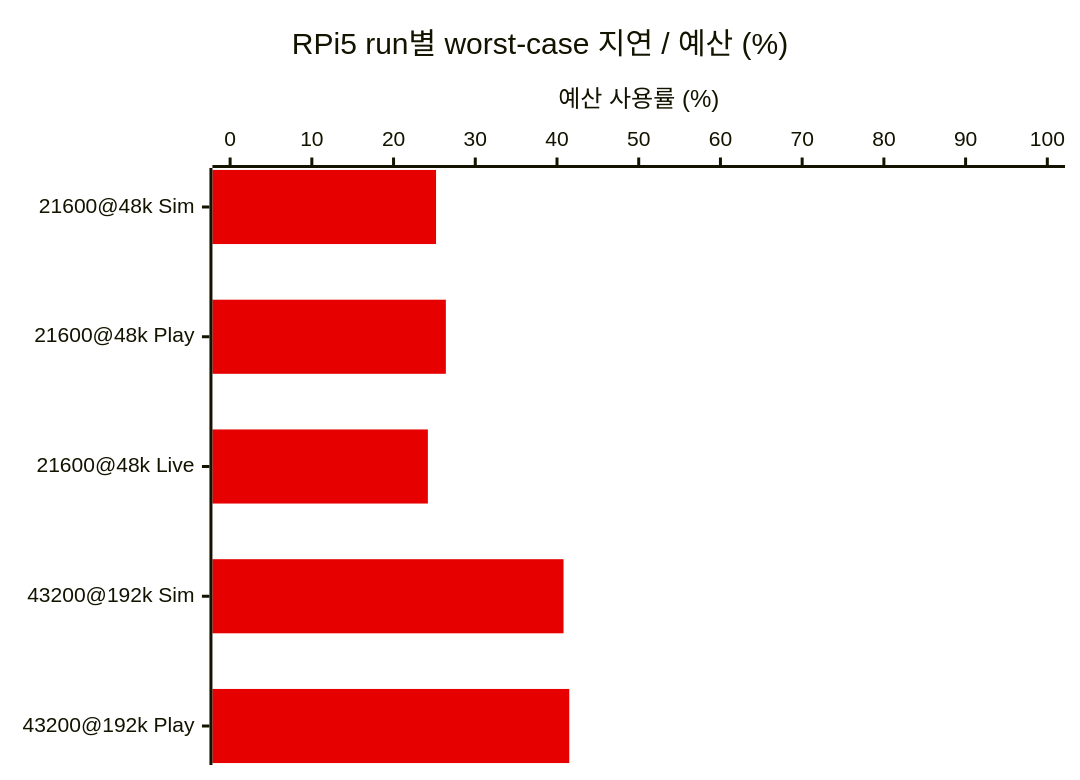
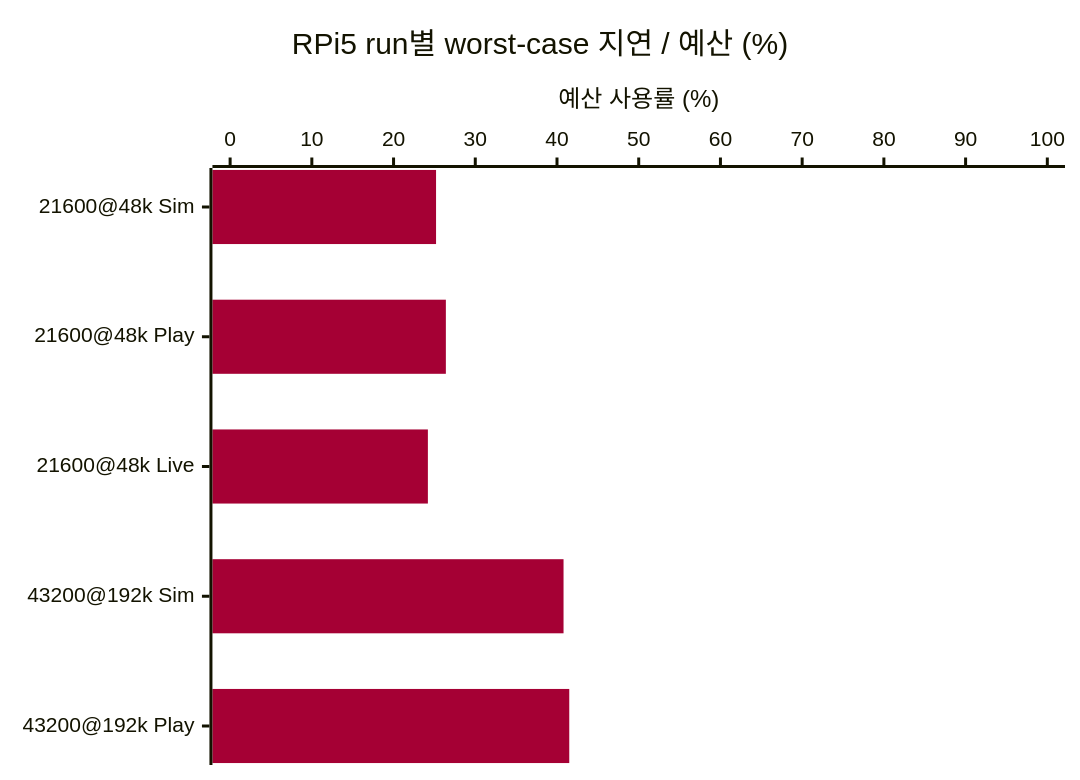
One commit to lgcmu2026-team5/TimeGrapher-Docs changed the second of 4 diagrams in Milestone/ko/4-Planned-Experiments.md. Above: the diagram before and after it, drawn with Mermaid. The commit also changed other lines of this file and 1 other file, not shown here.

Commit message:
docs: change mermaid chart color to #A50034

````diff
--- a/Milestone/ko/4-Planned-Experiments.md
+++ b/Milestone/ko/4-Planned-Experiments.md
@@ -107,8 +107,8 @@
 ```mermaid
-%%{init: {"themeVariables": {"xyChart": {"plotColorPalette": "#e60000"}}}}%%
+%%{init: {"themeVariables": {"xyChart": {"plotColorPalette": "#A50034"}}}}%%
 xychart-beta horizontal
     title "RPi5 run별 worst-case 지연 / 예산 (%)"
     x-axis ["21600@48k Sim", "21600@48k Play", "21600@48k Live", "43200@192k Sim", "43200@192k Play"]
     y-axis "예산 사용률 (%)" 0 --> 100
     bar [25.2, 26.4, 24.2, 40.8, 41.5]
 ```
````
